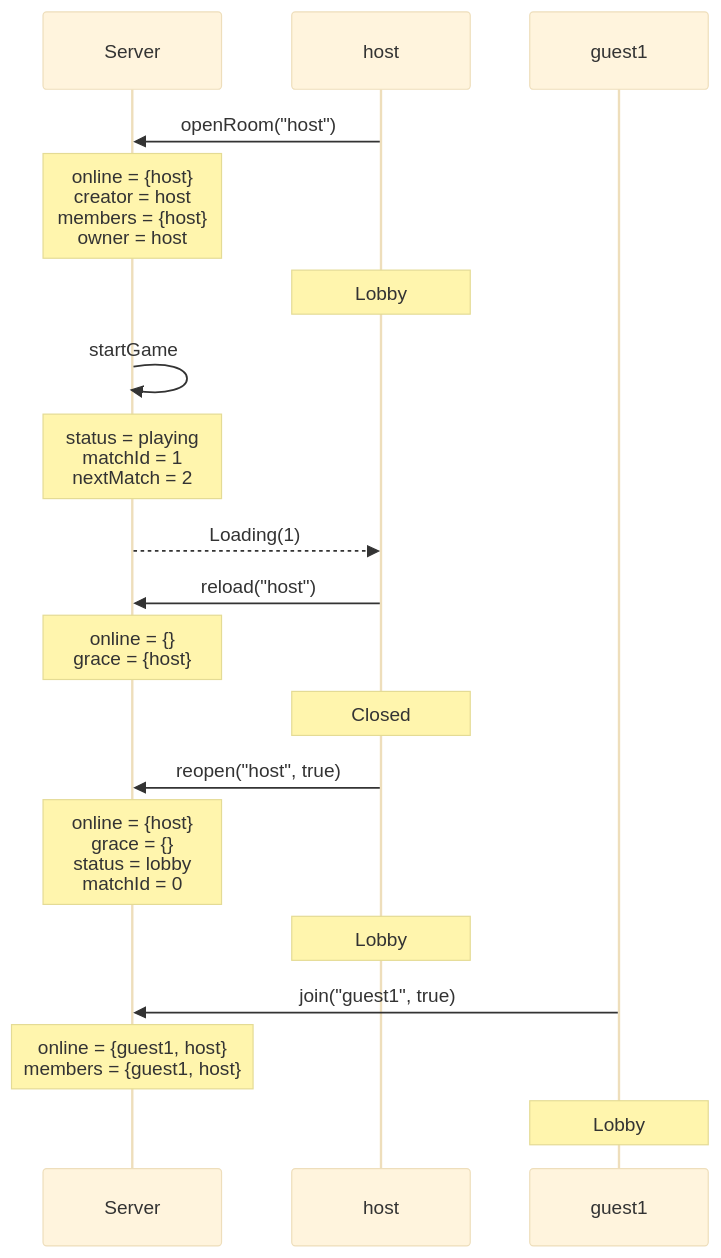
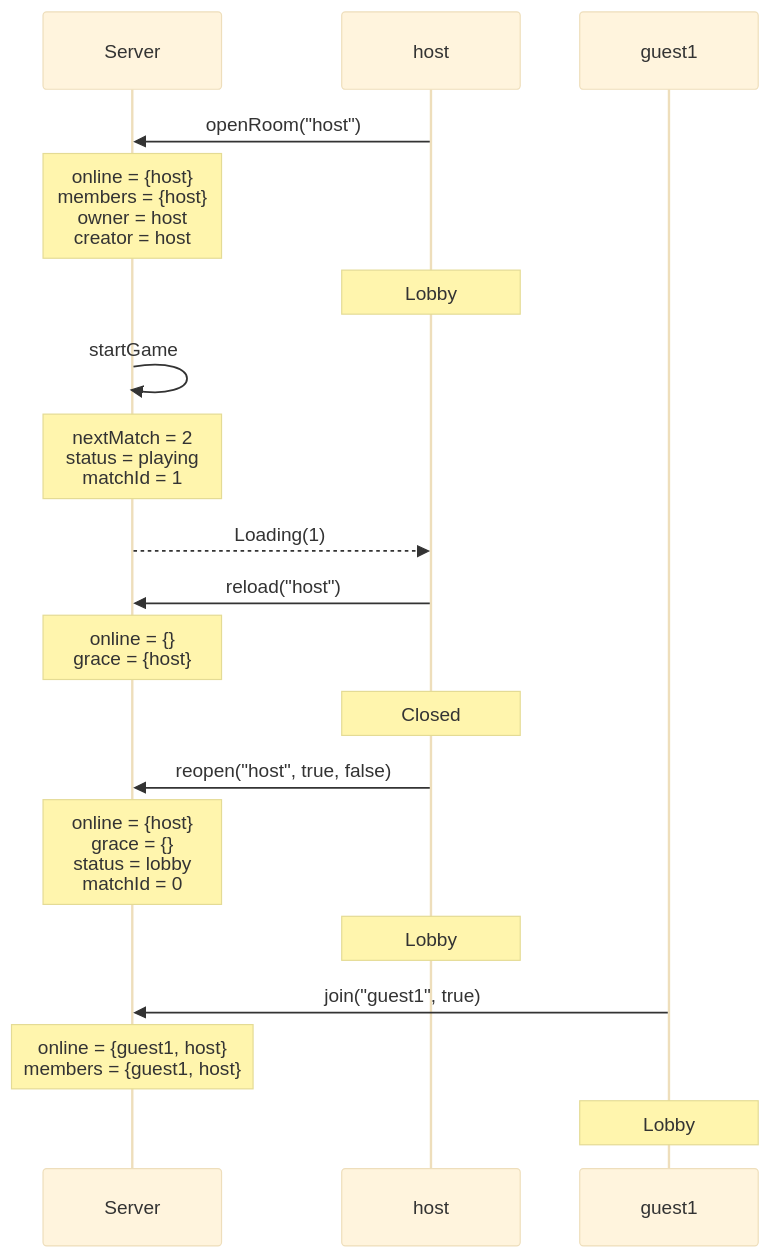
Diagram 13 of 41 in docs/spec-traces.md (kwilson21/kaillera-next), drawn with Mermaid (base theme) before and after one commit. The commit also changed other lines of this file and 102 other files, not shown here.

````diff
--- a/docs/spec-traces.md
+++ b/docs/spec-traces.md
@@ -77,21 +231,21 @@
 ```mermaid
 sequenceDiagram
   participant Server
   participant host
   participant guest1
   host->>Server: openRoom("host")
-  Note over Server: online = {host}<br/>creator = host<br/>members = {host}<br/>owner = host
+  Note over Server: online = {host}<br/>members = {host}<br/>owner = host<br/>creator = host
   Note over host: Lobby
   Server->>Server: startGame
-  Note over Server: status = playing<br/>matchId = 1<br/>nextMatch = 2
+  Note over Server: nextMatch = 2<br/>status = playing<br/>matchId = 1
   Server-->>host: Loading(1)
   host->>Server: reload("host")
   Note over Server: online = {}<br/>grace = {host}
   Note over host: Closed
-  host->>Server: reopen("host", true)
+  host->>Server: reopen("host", true, false)
   Note over Server: online = {host}<br/>grace = {}<br/>status = lobby<br/>matchId = 0
   Note over host: Lobby
   guest1->>Server: join("guest1", true)
   Note over Server: online = {guest1, host}<br/>members = {guest1, host}
   Note over guest1: Lobby
 ```
````
